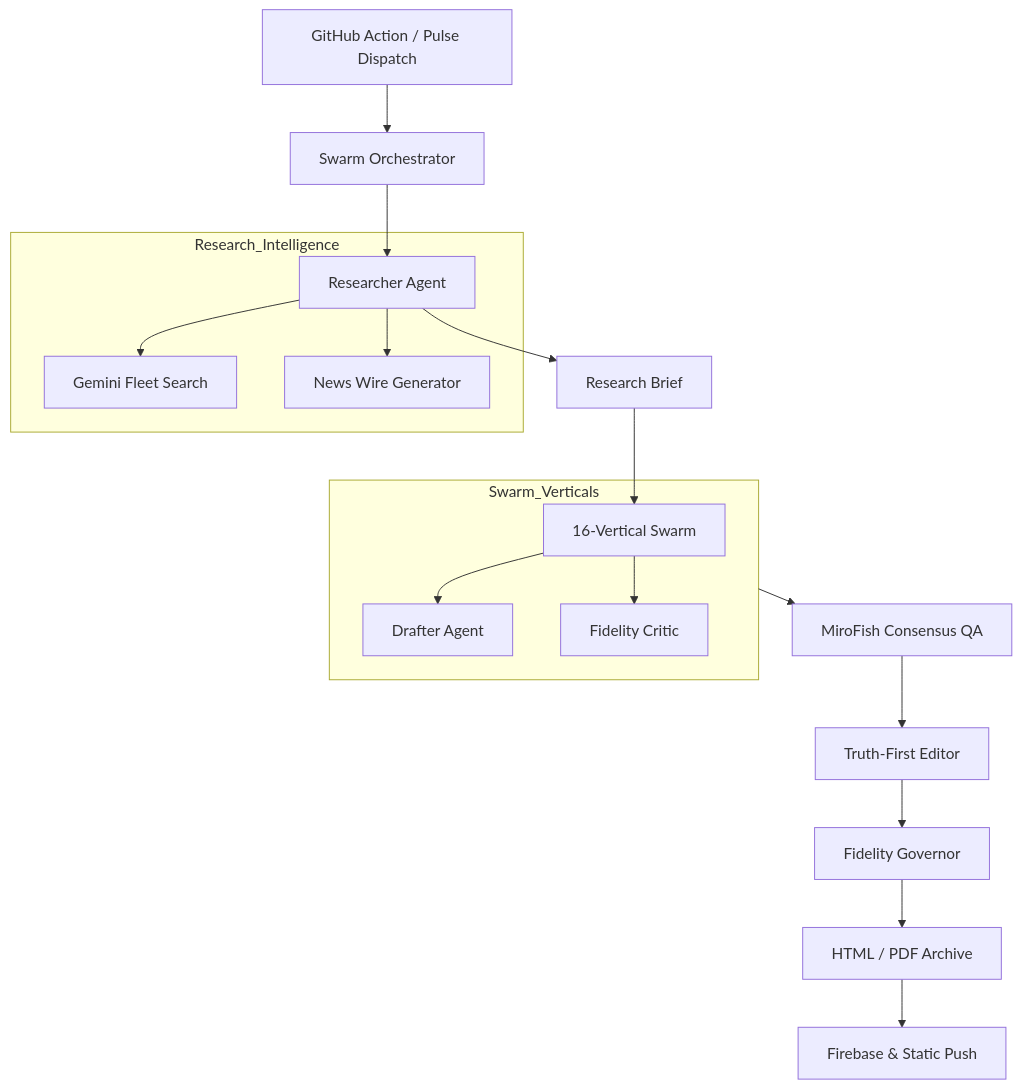
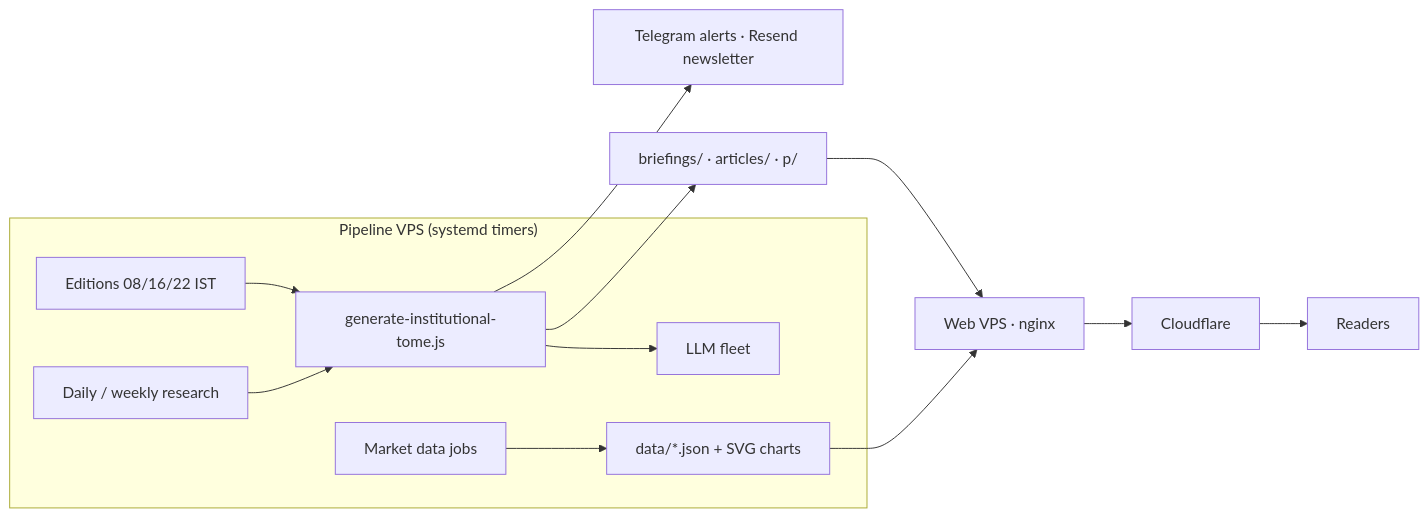
The diagram in README.md (abhishekdutta18/blogspro), drawn with Mermaid before and after one commit. The commit also changed other lines of this file, not shown here.

````diff
--- a/README.md
+++ b/README.md
@@ -42,20 +16,14 @@
 ```mermaid
-graph TD
-    Trigger[GitHub Action / Pulse Dispatch] --> Orchestrator[Swarm Orchestrator]
-    Orchestrator --> Researcher[Researcher Agent]
-    subgraph Research_Intelligence
-        Researcher --> Search[Gemini Fleet Search]
-        Researcher --> Wire[News Wire Generator]
+graph LR
+    subgraph AI_VPS["Pipeline VPS (systemd timers)"]
+        T1[Editions 08/16/22 IST] --> Gen[generate-institutional-tome.js]
+        T2[Daily / weekly research] --> Gen
+        Gen --> Fleet[LLM fleet]
+        T3[Market data jobs] --> Data["data/*.json + SVG charts"]
     end
-    Researcher --> Brief[Research Brief]
-    Brief --> Swarm[16-Vertical Swarm]
-    subgraph Swarm_Verticals
-        Swarm --> Drafter[Drafter Agent]
-        Swarm --> Critic[Fidelity Critic]
-    end
-    Swarm_Verticals --> MiroFish[MiroFish Consensus QA]
-    MiroFish --> Editor[Truth-First Editor]
-    Editor --> Governor[Fidelity Governor]
-    Governor --> Export[HTML / PDF Archive]
-    Export --> Firebase[Firebase & Static Push]
+    Gen --> Out[briefings/ · articles/ · p/]
+    Out --> Web
+    Data --> Web[Web VPS · nginx]
+    Web --> CF[Cloudflare] --> Readers
+    Gen --> Alerts[Telegram alerts · Resend newsletter]
 ```
````
